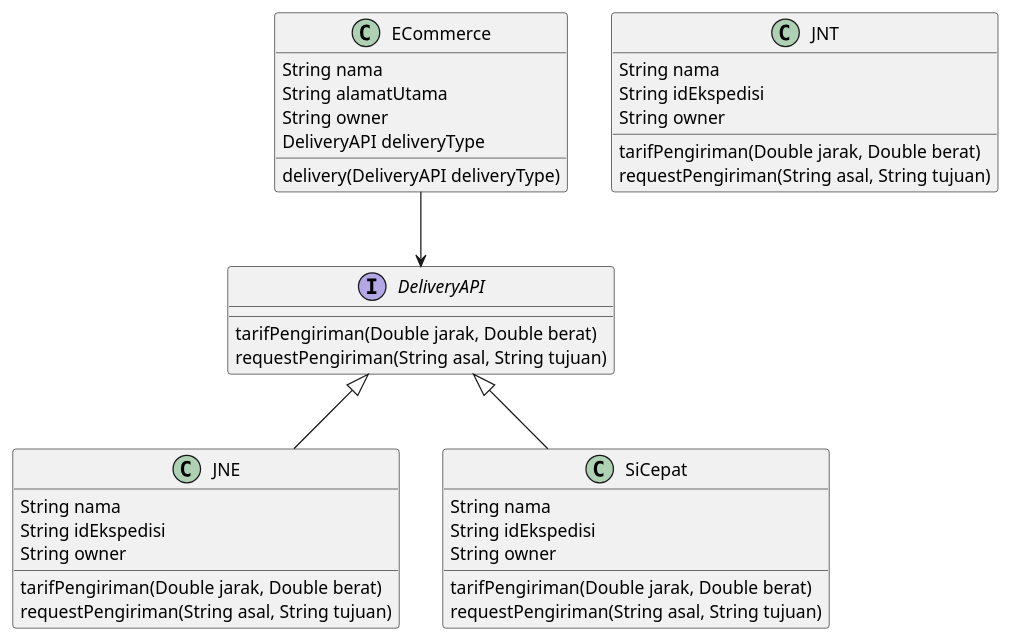
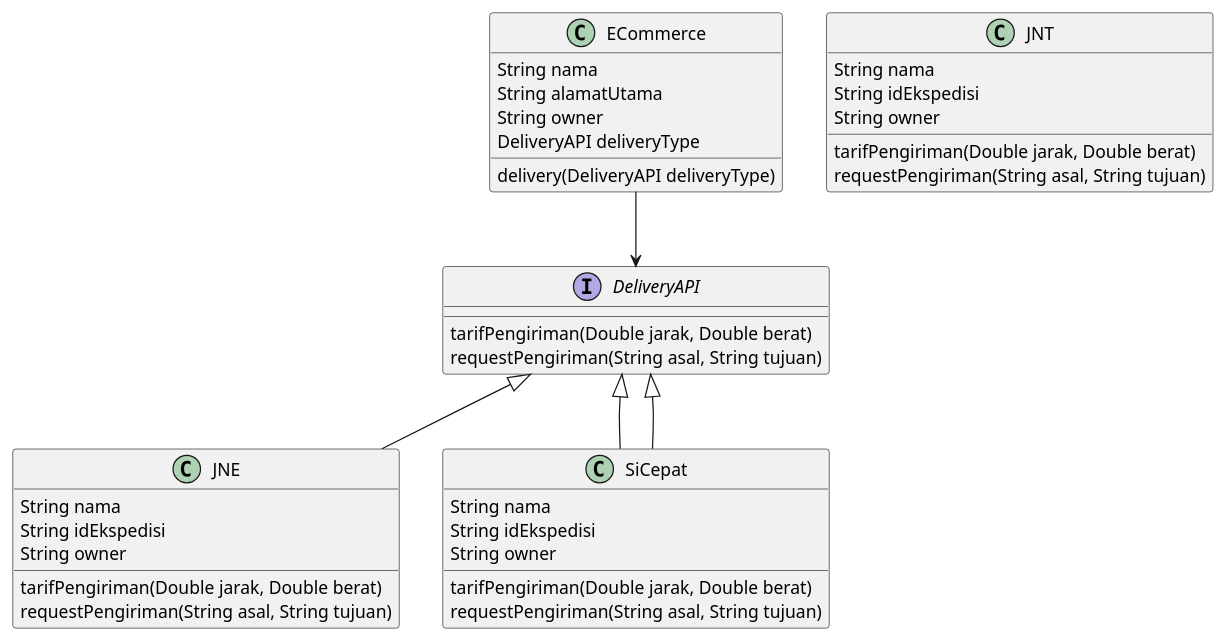
Before and after one commit to farhanzakiputra/pbpu-a-2022: the diagram in Kelompok 2/uml-diagram-kel-2.puml, drawn with PlantUML.

```diff
--- a/Kelompok 2/uml-diagram-kel-2.puml
+++ b/Kelompok 2/uml-diagram-kel-2.puml
@@ -1,42 +1,43 @@
 @startuml
 class ECommerce {
     String nama
     String alamatUtama
     String owner
     DeliveryAPI deliveryType
     delivery(DeliveryAPI deliveryType)
 }
 
 interface DeliveryAPI {
     tarifPengiriman(Double jarak, Double berat)
     requestPengiriman(String asal, String tujuan)
 }
 
 class JNE {
     String nama
     String idEkspedisi
     String owner
     tarifPengiriman(Double jarak, Double berat)
     requestPengiriman(String asal, String tujuan)
 }
 
 class SiCepat {
     String nama
     String idEkspedisi
     String owner
     tarifPengiriman(Double jarak, Double berat)
     requestPengiriman(String asal, String tujuan)
 }
 
 class JNT {
     String nama
     String idEkspedisi
     String owner
     tarifPengiriman(Double jarak, Double berat)
     requestPengiriman(String asal, String tujuan)
 }
 
 ECommerce --> DeliveryAPI
 DeliveryAPI <|-- JNE
 DeliveryAPI <|-- SiCepat
+DeliveryAPI <|-- SiCepat
 @enduml
```
